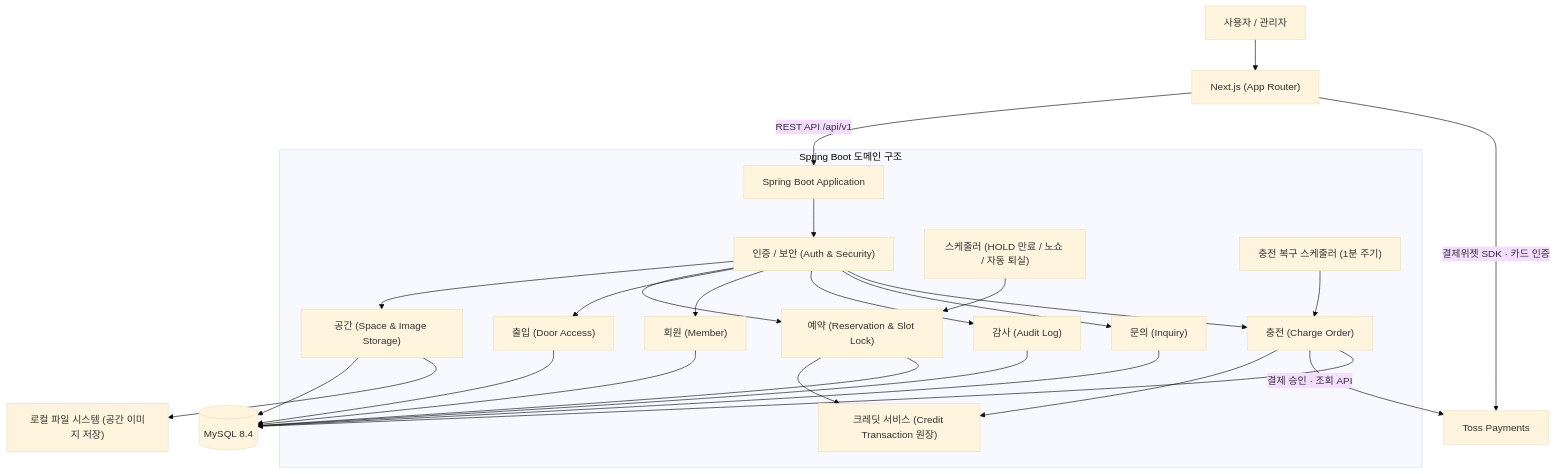
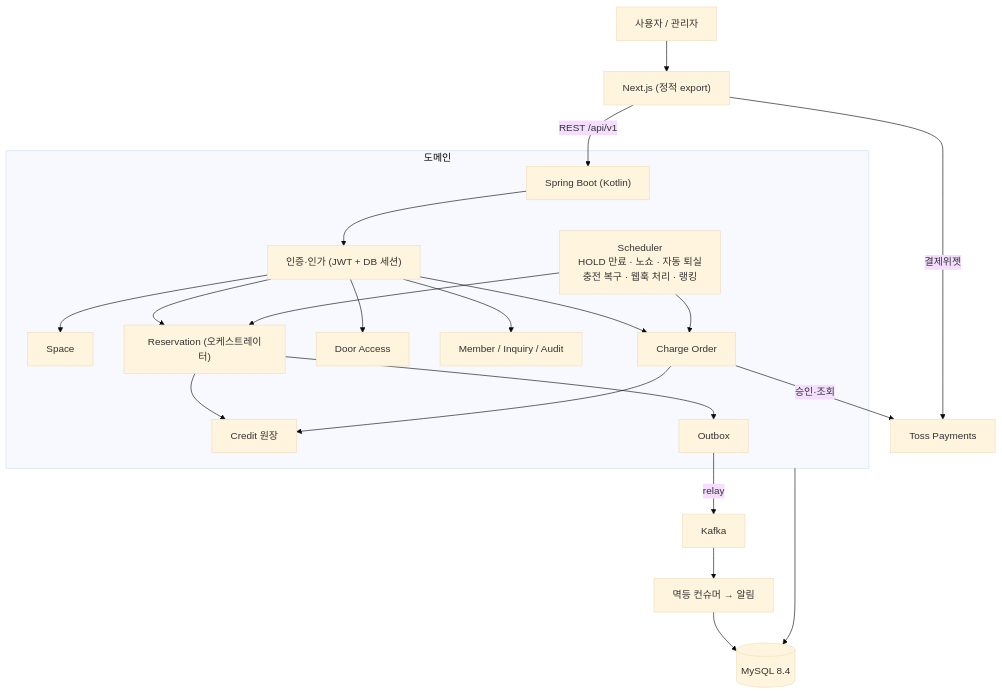
Before and after one commit to prgrms-be-devcourse/NBE12-14-3-OVENGERS: the first of 2 diagrams in README.md, drawn with Mermaid (base theme). The commit also changed other lines of this file, not shown here.

````diff
--- a/README.md
+++ b/README.md
@@ -128,32 +46,25 @@
 ```mermaid
 flowchart TD
-    USER["사용자 / 관리자"] --> FE["Next.js (App Router)"]
-    FE -->|REST API /api/v1| API["Spring Boot Application"]
-    FE -->|결제위젯 SDK · 카드 인증| TOSS["Toss Payments"]
+    USER["사용자 / 관리자"] --> FE["Next.js (정적 export)"]
+    FE -->|REST /api/v1| API["Spring Boot (Kotlin)"]
+    FE -->|결제위젯| TOSS["Toss Payments"]
 
-    subgraph Backend_Domains["Spring Boot 도메인 구조"]
-        API --> AUTH["인증 / 보안 (Auth & Security)"]
-        AUTH --> SPACE["공간 (Space & Image Storage)"]
-        AUTH --> RESERVATION["예약 (Reservation & Slot Lock)"]
-        AUTH --> ACCESS["출입 (Door Access)"]
-        AUTH --> MEMBER["회원 (Member)"]
-        AUTH --> AUDIT["감사 (Audit Log)"]
-        AUTH --> INQUIRY["문의 (Inquiry)"]
-        AUTH --> CHARGE["충전 (Charge Order)"]
-
-        RESERVATION --> CREDIT["크레딧 서비스 (Credit Transaction 원장)"]
+    subgraph App["도메인"]
+        API --> AUTH["인증·인가 (JWT + DB 세션)"]
+        AUTH --> SPACE["Space"]
+        AUTH --> RES["Reservation (오케스트레이터)"]
+        AUTH --> ACCESS["Door Access"]
+        AUTH --> MEMBER["Member / Inquiry / Audit"]
+        AUTH --> CHARGE["Charge Order"]
+        RES --> CREDIT["Credit 원장"]
         CHARGE --> CREDIT
-        SCHEDULER["스케줄러 (HOLD 만료 / 노쇼 / 자동 퇴실)"] --> RESERVATION
-        RECOVERY["충전 복구 스케줄러 (1분 주기)"] --> CHARGE
+        RES --> OUTBOX["Outbox"]
+        SCHED["Scheduler\nHOLD 만료 · 노쇼 · 자동 퇴실\n충전 복구 · 웹훅 처리 · 랭킹"] --> RES
+        SCHED --> CHARGE
     end
 
-    CHARGE -->|결제 승인 · 조회 API| TOSS
-    SPACE --> DB[("MySQL 8.4")]
-    RESERVATION --> DB
-    ACCESS --> DB
-    MEMBER --> DB
-    AUDIT --> DB
-    INQUIRY --> DB
-    CHARGE --> DB
-    SPACE --> DISK["로컬 파일 시스템 (공간 이미지 저장)"]
+    CHARGE -->|승인·조회| TOSS
+    OUTBOX -->|relay| KAFKA["Kafka"] --> NOTI["멱등 컨슈머 → 알림"]
+    App --> DB[("MySQL 8.4")]
+    NOTI --> DB
 ```
````
